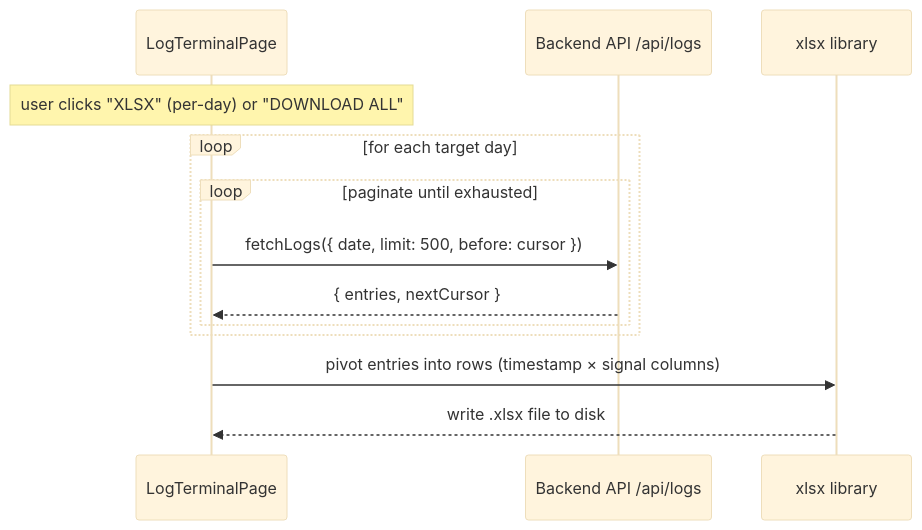
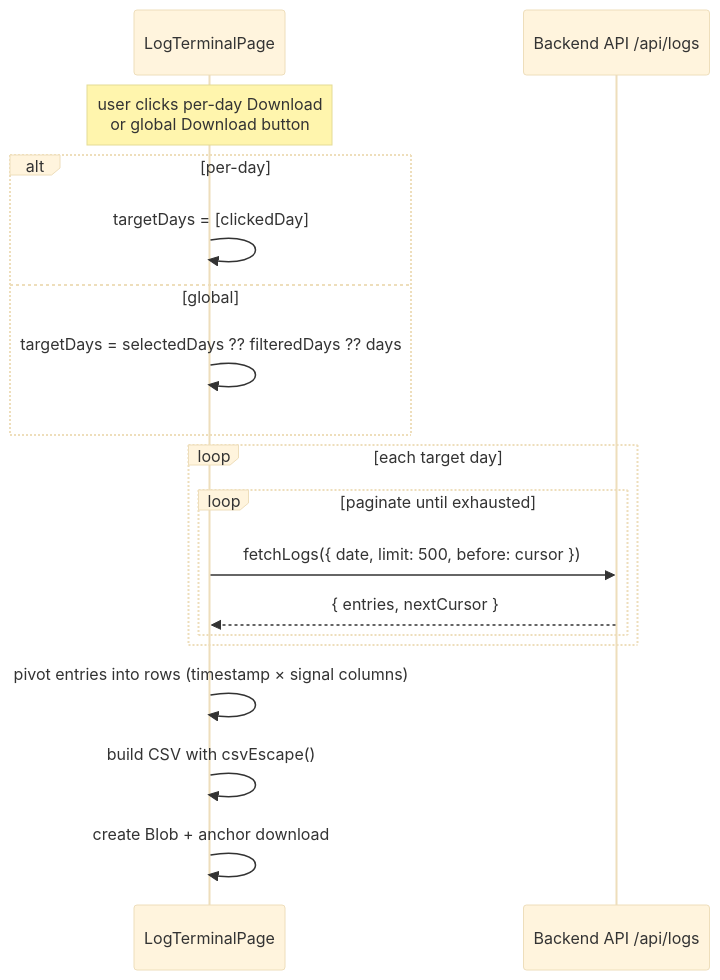
Before and after one commit to evilspoon13/track-web: the tenth of 11 diagrams in documentation/data-flows.md, drawn with Mermaid (base theme). The commit also changed other lines of this file and 36 other files, not shown here.

````diff
--- a/documentation/data-flows.md
+++ b/documentation/data-flows.md
@@ -214,18 +264,24 @@
 ```mermaid
 sequenceDiagram
     participant LT as LogTerminalPage
     participant API as Backend API /api/logs
-    participant XL as xlsx library
 
-    Note over LT: user clicks "XLSX" (per-day) or "DOWNLOAD ALL"
+    Note over LT: user clicks per-day Download<br/>or global Download button
 
-    loop for each target day
+    alt per-day
+        LT->>LT: targetDays = [clickedDay]
+    else global
+        LT->>LT: targetDays = selectedDays ?? filteredDays ?? days
+    end
+
+    loop each target day
         loop paginate until exhausted
             LT->>API: fetchLogs({ date, limit: 500, before: cursor })
             API-->>LT: { entries, nextCursor }
         end
     end
 
-    LT->>XL: pivot entries into rows (timestamp × signal columns)
-    XL-->>LT: write .xlsx file to disk
+    LT->>LT: pivot entries into rows (timestamp × signal columns)
+    LT->>LT: build CSV with csvEscape()
+    LT->>LT: create Blob + anchor download
 ```
````
